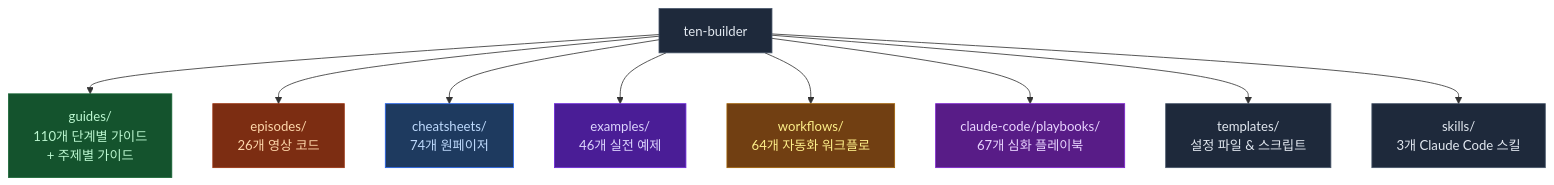
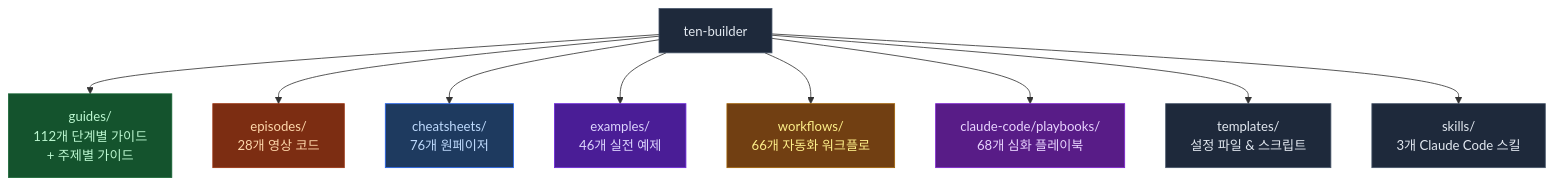
One commit to ten-builder/ten-builder changed the first of 2 diagrams in README.md. Above: the diagram before and after it, drawn with Mermaid. The commit also changed other lines of this file, not shown here.

Commit message:
docs: README sync — guide 109-110, cheatsheet live-app-preview, multitasking 반영

````diff
--- a/README.md
+++ b/README.md
@@ -23,21 +23,21 @@
 ```mermaid
 flowchart TD
-    R["ten-builder"] --> G["guides/\n110개 단계별 가이드\n+ 주제별 가이드"]
-    R --> E["episodes/\n26개 영상 코드"]
-    R --> C["cheatsheets/\n74개 원페이저"]
+    R["ten-builder"] --> G["guides/\n112개 단계별 가이드\n+ 주제별 가이드"]
+    R --> E["episodes/\n28개 영상 코드"]
+    R --> C["cheatsheets/\n76개 원페이저"]
     R --> EX["examples/\n46개 실전 예제"]
-    R --> W["workflows/\n64개 자동화 워크플로"]
-    R --> P["claude-code/playbooks/\n67개 심화 플레이북"]
+    R --> W["workflows/\n66개 자동화 워크플로"]
+    R --> P["claude-code/playbooks/\n68개 심화 플레이북"]
     R --> T["templates/\n설정 파일 & 스크립트"]
     R --> S["skills/\n3개 Claude Code 스킬"]
 
     style R fill:#1e293b,stroke:#475569,color:#e2e8f0
     style G fill:#14532d,stroke:#166534,color:#bbf7d0
     style E fill:#7c2d12,stroke:#9a3412,color:#fed7aa
     style C fill:#1e3a5f,stroke:#2563eb,color:#bfdbfe
     style EX fill:#4a1d96,stroke:#6d28d9,color:#ddd6fe
     style W fill:#713f12,stroke:#a16207,color:#fef08a
     style P fill:#581c87,stroke:#7e22ce,color:#e9d5ff
     style T fill:#1e293b,stroke:#475569,color:#e2e8f0
     style S fill:#1e293b,stroke:#475569,color:#e2e8f0
 ```
````
